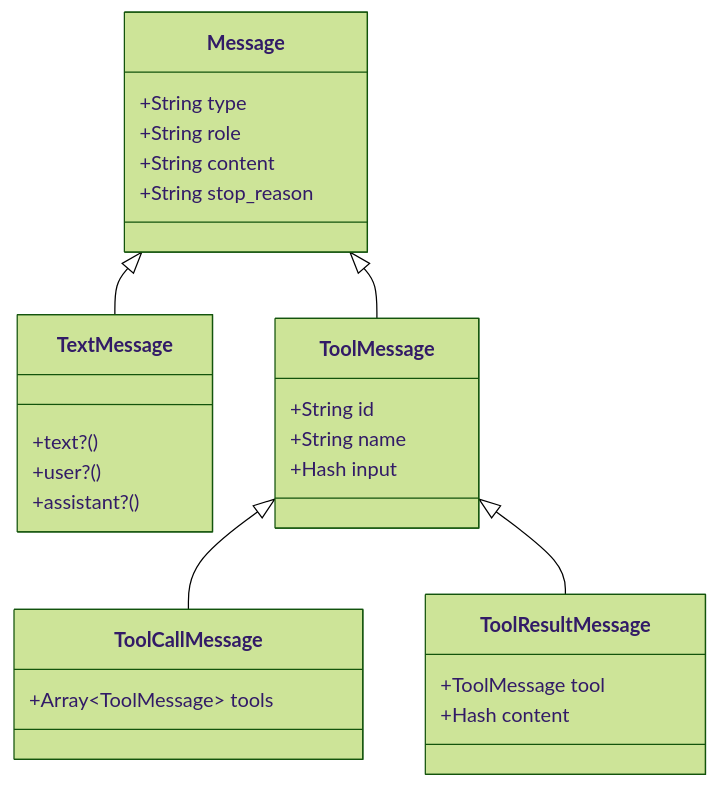
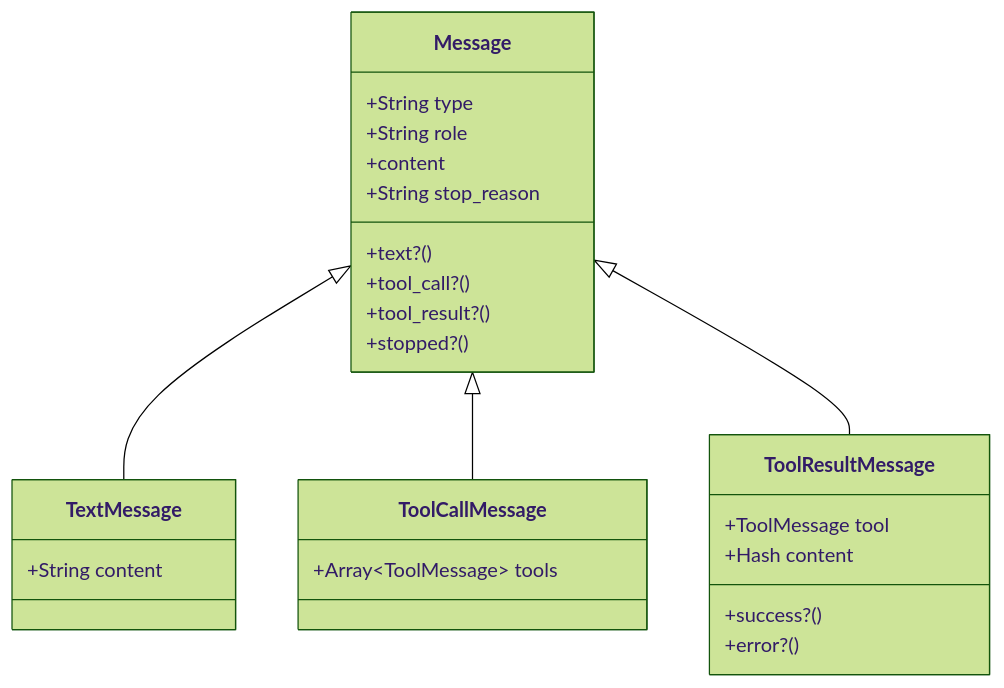
One commit to MadBomber/robot_lab changed the second of 2 diagrams in docs/architecture/core-concepts.md. Above: the diagram before and after it, drawn with Mermaid (forest theme). The commit also changed other lines of this file and 92 other files, not shown here.

````diff
--- a/docs/architecture/core-concepts.md
+++ b/docs/architecture/core-concepts.md
@@ -136,35 +245,32 @@
 ```mermaid
 classDiagram
     Message <|-- TextMessage
-    Message <|-- ToolMessage
-    ToolMessage <|-- ToolCallMessage
-    ToolMessage <|-- ToolResultMessage
+    Message <|-- ToolCallMessage
+    Message <|-- ToolResultMessage
 
     class Message {
         +String type
         +String role
-        +String content
+        +content
         +String stop_reason
+        +text?()
+        +tool_call?()
+        +tool_result?()
+        +stopped?()
     }
 
     class TextMessage {
-        +text?()
-        +user?()
-        +assistant?()
-    }
-
-    class ToolMessage {
-        +String id
-        +String name
-        +Hash input
+        +String content
     }
 
     class ToolCallMessage {
         +Array~ToolMessage~ tools
     }
 
     class ToolResultMessage {
         +ToolMessage tool
         +Hash content
+        +success?()
+        +error?()
     }
 ```
````
